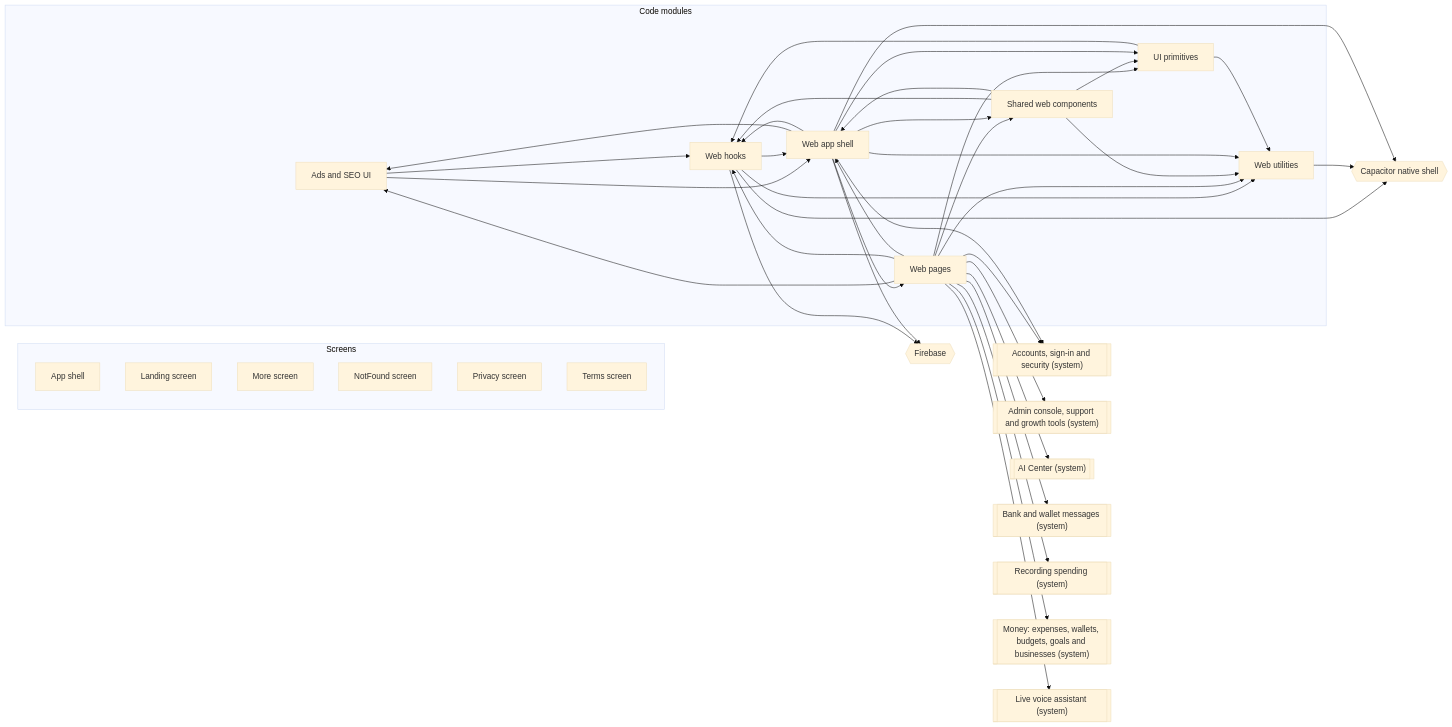
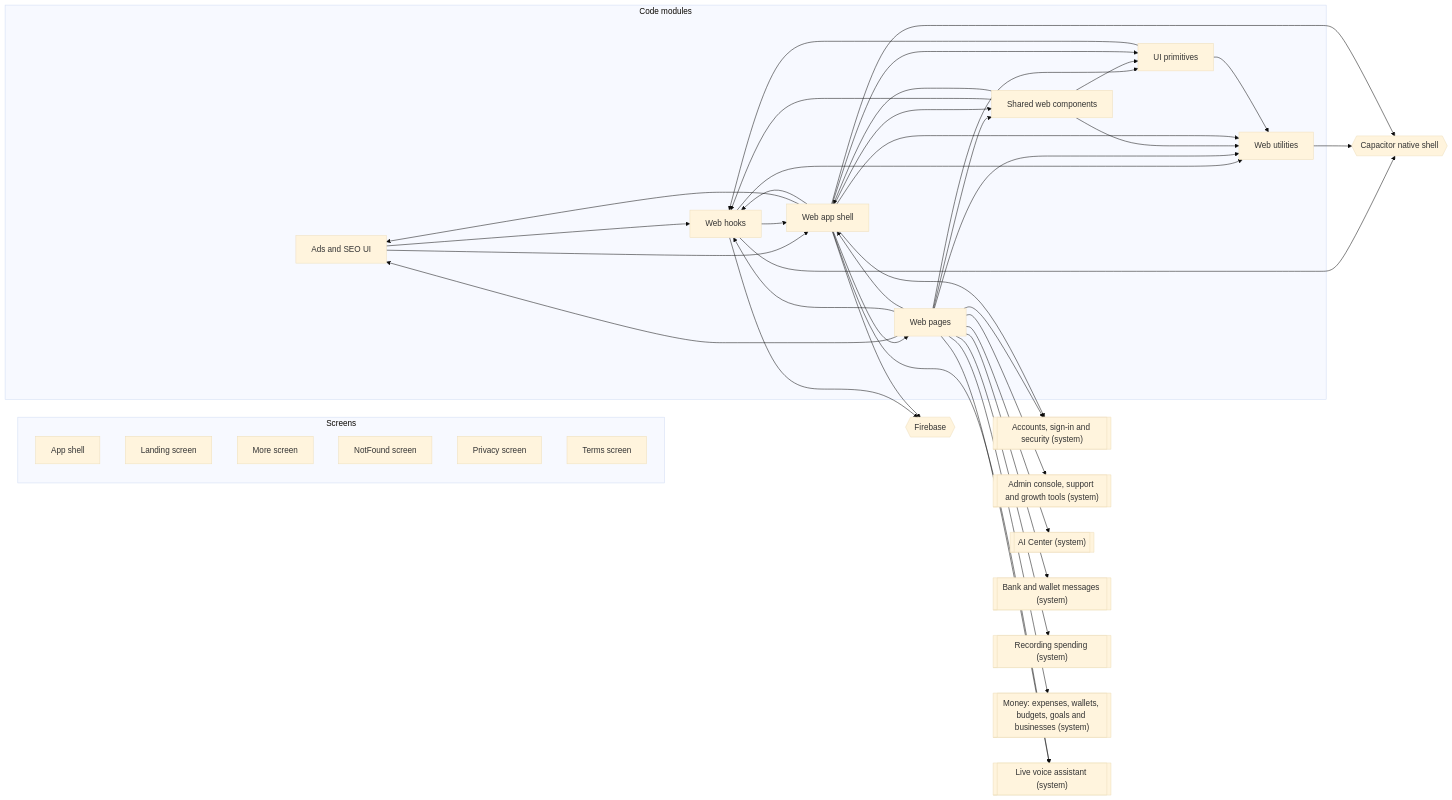
Before and after one commit to mahmoudtaherr111/smartspend_mini_all: the diagram in docs/atlas/systems/web-app.md, drawn with Mermaid (base theme). The commit also changed 57 other files, not shown here.

````diff
--- a/docs/atlas/systems/web-app.md
+++ b/docs/atlas/systems/web-app.md
@@ -13,64 +13,65 @@
 ```mermaid
 flowchart LR
   subgraph g_screens["Screens"]
     page_App_shell["App shell"]
     page_Landing["Landing screen"]
     page_More["More screen"]
     page_NotFound["NotFound screen"]
     page_Privacy["Privacy screen"]
     page_Terms["Terms screen"]
   end
   subgraph g_modules["Code modules"]
     mod_web_growth["Ads and SEO UI"]
     mod_web_hooks["Web hooks"]
     mod_web_lib["Web utilities"]
     mod_web_pages["Web pages"]
     mod_web_shared["Shared web components"]
     mod_web_shell["Web app shell"]
     mod_web_ui_kit["UI primitives"]
   end
   ext_capacitor{{"Capacitor native shell"}}
   ext_firebase{{"Firebase"}}
   sys_accounts[["Accounts, sign-in and security (system)"]]
   sys_admin[["Admin console, support and growth tools (system)"]]
   sys_ai_center[["AI Center (system)"]]
   sys_bank_messages[["Bank and wallet messages (system)"]]
   sys_expense_capture[["Recording spending (system)"]]
   sys_money[["Money: expenses, wallets, budgets, goals and businesses (system)"]]
   sys_voice_calls[["Live voice assistant (system)"]]
   mod_web_growth --> mod_web_hooks
   mod_web_growth --> mod_web_shell
   mod_web_hooks --> ext_capacitor
   mod_web_hooks --> ext_firebase
   mod_web_hooks --> mod_web_lib
   mod_web_hooks --> mod_web_shell
   mod_web_lib --> ext_capacitor
   mod_web_pages --> mod_web_growth
   mod_web_pages --> mod_web_hooks
   mod_web_pages --> mod_web_lib
   mod_web_pages --> mod_web_shared
   mod_web_pages --> mod_web_shell
   mod_web_pages --> mod_web_ui_kit
   mod_web_pages --> sys_accounts
   mod_web_pages --> sys_admin
   mod_web_pages --> sys_ai_center
   mod_web_pages --> sys_bank_messages
   mod_web_pages --> sys_expense_capture
   mod_web_pages --> sys_money
   mod_web_pages --> sys_voice_calls
   mod_web_shared --> mod_web_hooks
   mod_web_shared --> mod_web_lib
   mod_web_shared --> mod_web_shell
   mod_web_shared --> mod_web_ui_kit
   mod_web_shell --> ext_capacitor
   mod_web_shell --> ext_firebase
   mod_web_shell --> mod_web_growth
   mod_web_shell --> mod_web_hooks
   mod_web_shell --> mod_web_lib
   mod_web_shell --> mod_web_pages
   mod_web_shell --> mod_web_shared
   mod_web_shell --> mod_web_ui_kit
   mod_web_shell --> sys_accounts
+  mod_web_shell --> sys_voice_calls
   mod_web_ui_kit --> mod_web_hooks
   mod_web_ui_kit --> mod_web_lib
 ```
````
